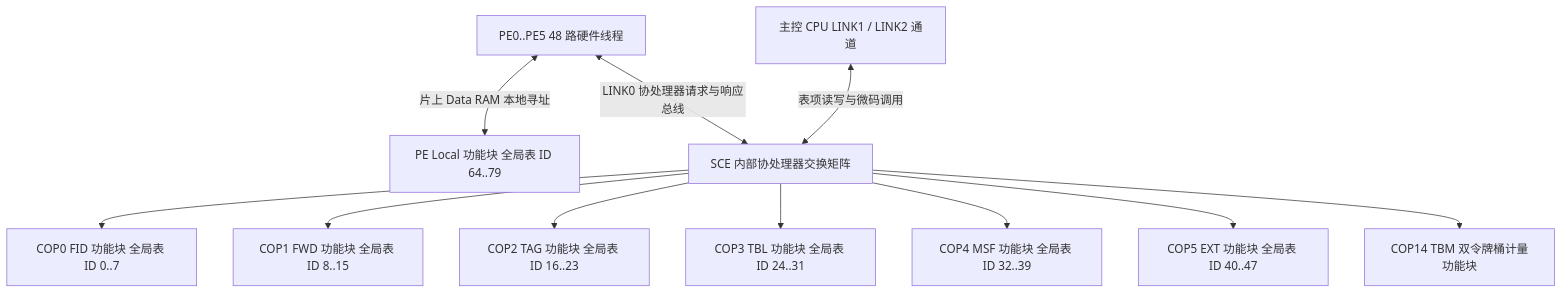
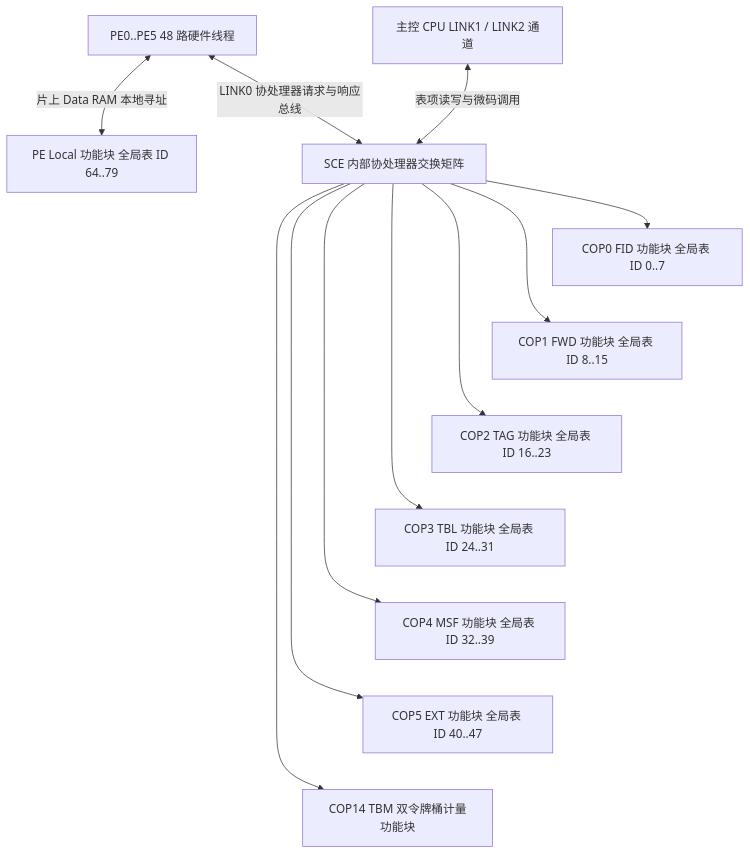
The diagram in 05_coprocessors/05_sce_function_blocks.md (difanz/lantiq-falcon-s-docs), drawn with Mermaid before and after one commit. The commit also changed 33 other files, not shown here.

Commit message:
Improve diagram readability and adopt the Material theme

````diff
--- a/05_coprocessors/05_sce_function_blocks.md
+++ b/05_coprocessors/05_sce_function_blocks.md
@@ -5,13 +5,14 @@
 ```mermaid
 flowchart TD
     PE_THREADS["PE0..PE5 48 路硬件线程"] <-->|片上 Data RAM 本地寻址| PE_LOCAL["PE Local 功能块 全局表 ID 64..79"]
     PE_THREADS <-->|LINK0 协处理器请求与响应总线| LINK_SW["SCE 内部协处理器交换矩阵"]
     HOST_CPU["主控 CPU LINK1 / LINK2 通道"] <-->|表项读写与微码调用| LINK_SW
     LINK_SW --> FB_FID["COP0 FID 功能块 全局表 ID 0..7"]
     LINK_SW --> FB_FWD["COP1 FWD 功能块 全局表 ID 8..15"]
     LINK_SW --> FB_TAG["COP2 TAG 功能块 全局表 ID 16..23"]
     LINK_SW --> FB_TBL["COP3 TBL 功能块 全局表 ID 24..31"]
     LINK_SW --> FB_MSF["COP4 MSF 功能块 全局表 ID 32..39"]
     LINK_SW --> FB_EXT["COP5 EXT 功能块 全局表 ID 40..47"]
     LINK_SW --> FB_TBM["COP14 TBM 双令牌桶计量功能块"]
+    FB_FID ~~~ FB_FWD ~~~ FB_TAG ~~~ FB_TBL ~~~ FB_MSF ~~~ FB_EXT ~~~ FB_TBM
 ```
````
